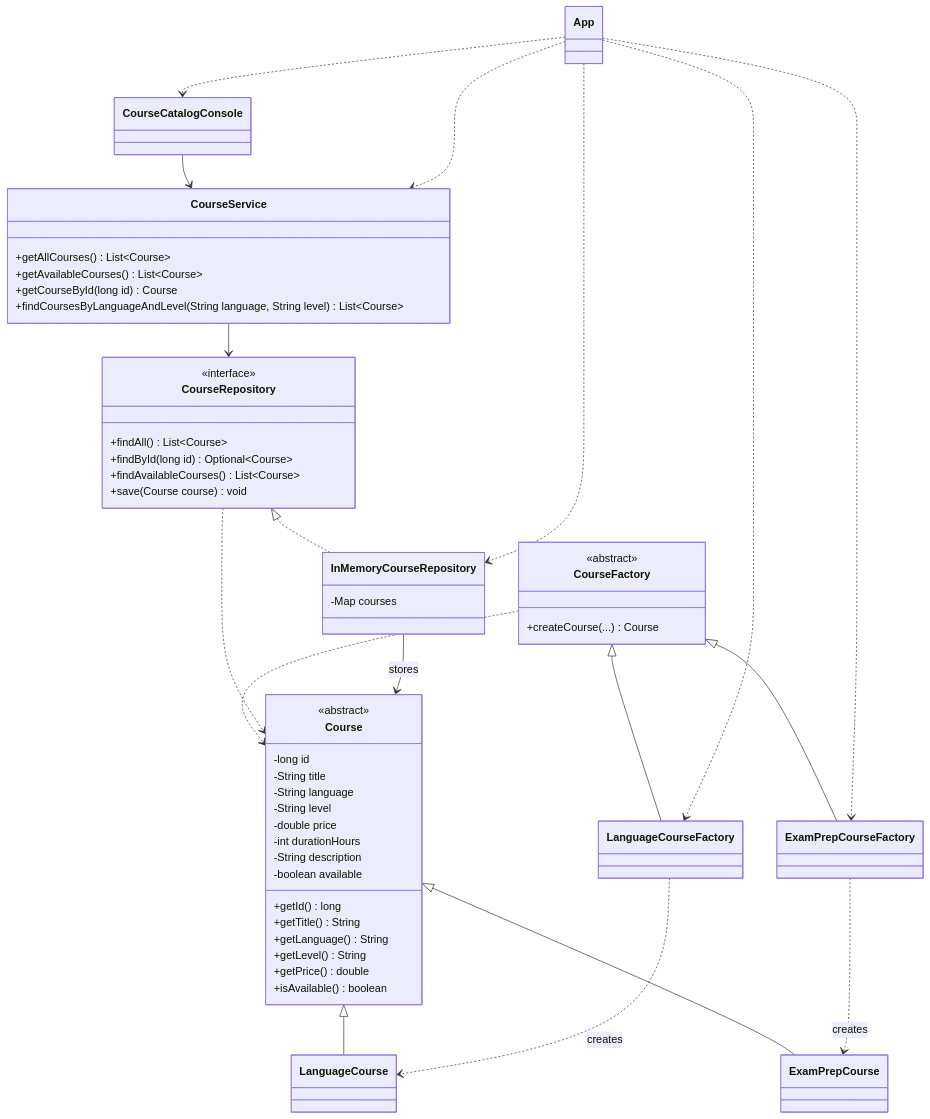
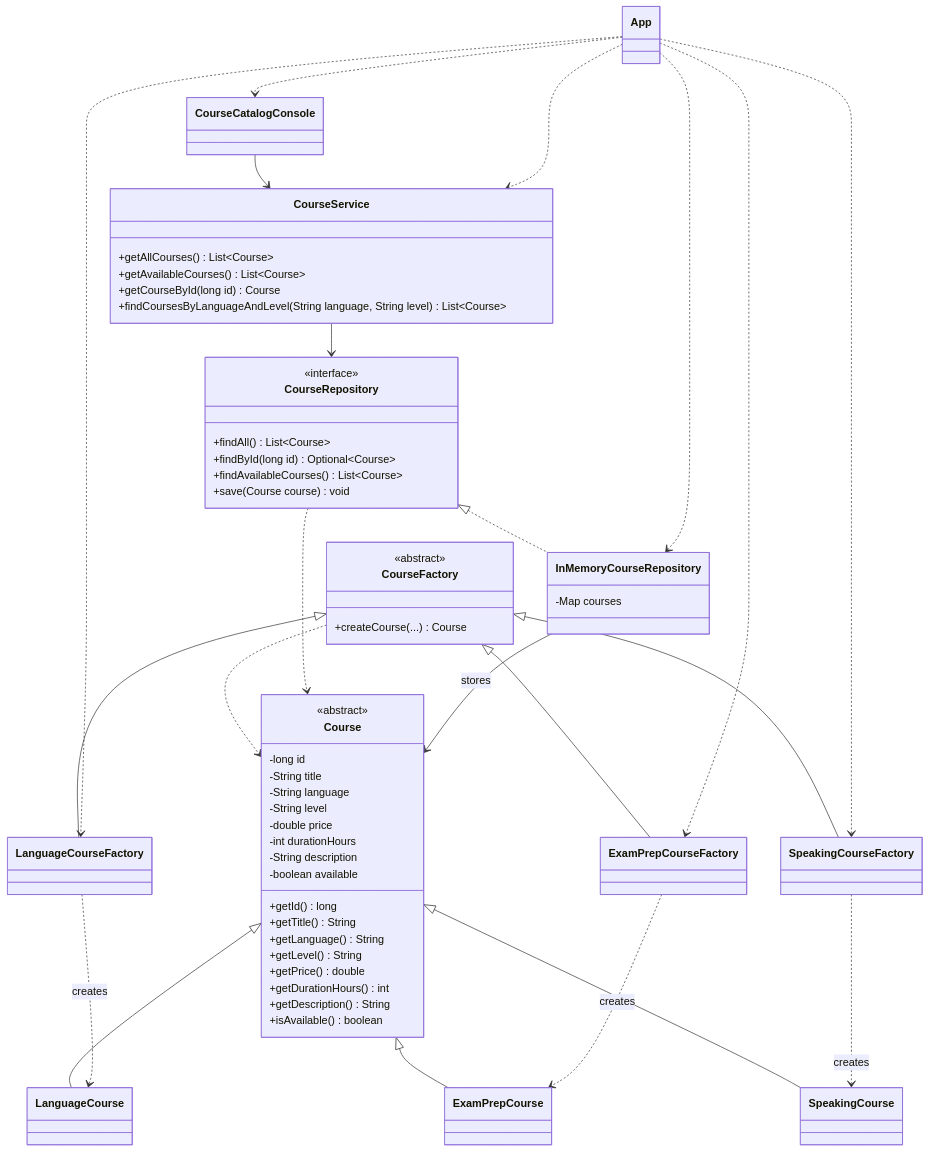
The second of 8 diagrams in README.md (extwel/LinguaHub), drawn with Mermaid before and after one commit. The commit also changed other lines of this file, not shown here.

Commit message:
docs: update README and architecture diagrams for M3-06

````diff
--- a/README.md
+++ b/README.md
@@ -100,4 +99,4 @@
-```mermaid
+~~~mermaid
 classDiagram
     direction TB
 
@@ -116,11 +115,14 @@
         +getLanguage() String
         +getLevel() String
         +getPrice() double
+        +getDurationHours() int
+        +getDescription() String
         +isAvailable() boolean
     }
 
     class LanguageCourse
     class ExamPrepCourse
+    class SpeakingCourse
 
     class CourseFactory {
         <<abstract>>
@@ -129,6 +131,7 @@
 
     class LanguageCourseFactory
     class ExamPrepCourseFactory
+    class SpeakingCourseFactory
 
     class CourseRepository {
         <<interface>>
@@ -154,13 +157,16 @@
 
     Course <|-- LanguageCourse
     Course <|-- ExamPrepCourse
+    Course <|-- SpeakingCourse
 
     CourseFactory <|-- LanguageCourseFactory
     CourseFactory <|-- ExamPrepCourseFactory
+    CourseFactory <|-- SpeakingCourseFactory
 
     CourseFactory ..> Course
     LanguageCourseFactory ..> LanguageCourse : creates
     ExamPrepCourseFactory ..> ExamPrepCourse : creates
+    SpeakingCourseFactory ..> SpeakingCourse : creates
 
     CourseRepository <|.. InMemoryCourseRepository
     CourseRepository ..> Course
@@ -174,4 +180,5 @@
     App ..> InMemoryCourseRepository
     App ..> LanguageCourseFactory
     App ..> ExamPrepCourseFactory
-```
+    App ..> SpeakingCourseFactory
+~~~
````
